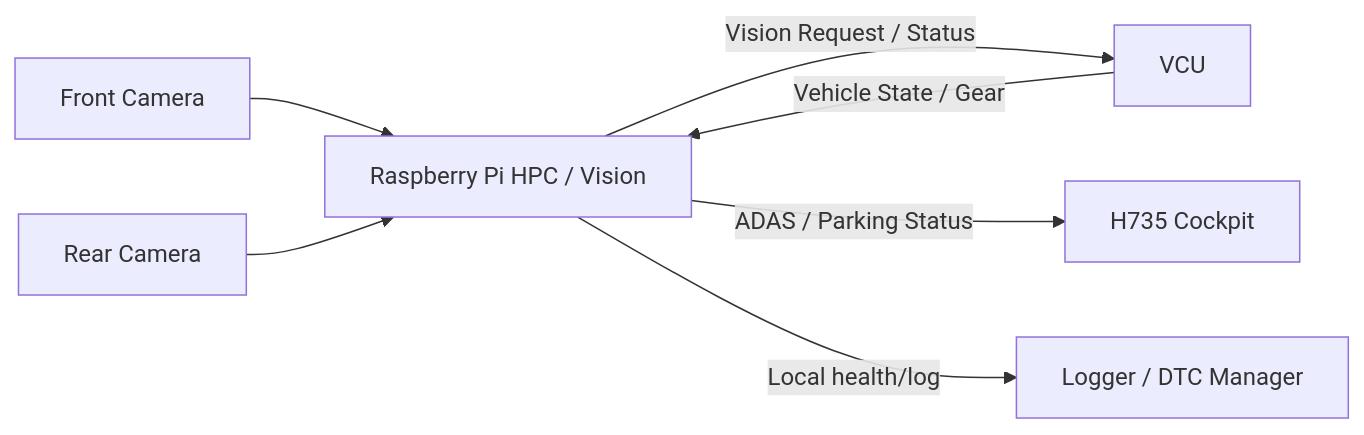
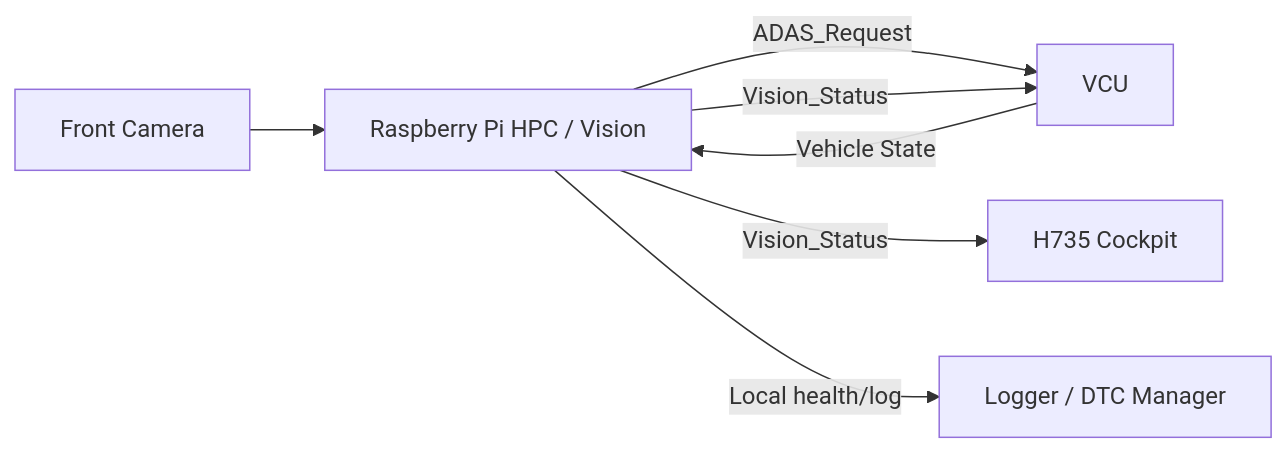
The first of 5 diagrams in docs/ecus/HPC_Camera_Vision/ARCHITECTURE.md (sunmaan22/SDV_MCU_Project), drawn with Mermaid before and after one commit. The commit also changed other lines of this file and 28 other files, not shown here.

````diff
--- a/docs/ecus/HPC_Camera_Vision/ARCHITECTURE.md
+++ b/docs/ecus/HPC_Camera_Vision/ARCHITECTURE.md
@@ -97,9 +100,9 @@
 ```mermaid
 flowchart LR
     FCAM[Front Camera] --> HPC[Raspberry Pi HPC / Vision]
-    RCAM[Rear Camera] --> HPC
-    VCU[VCU] -->|Vehicle State / Gear| HPC
-    HPC -->|Vision Request / Status| VCU
-    HPC -->|ADAS / Parking Status| HMI[H735 Cockpit]
+    VCU[VCU] -->|Vehicle State| HPC
+    HPC -->|ADAS_Request| VCU
+    HPC -->|Vision_Status| HMI[H735 Cockpit]
+    HPC -->|Vision_Status| VCU
     HPC -->|Local health/log| LOG[Logger / DTC Manager]
 ```
````
